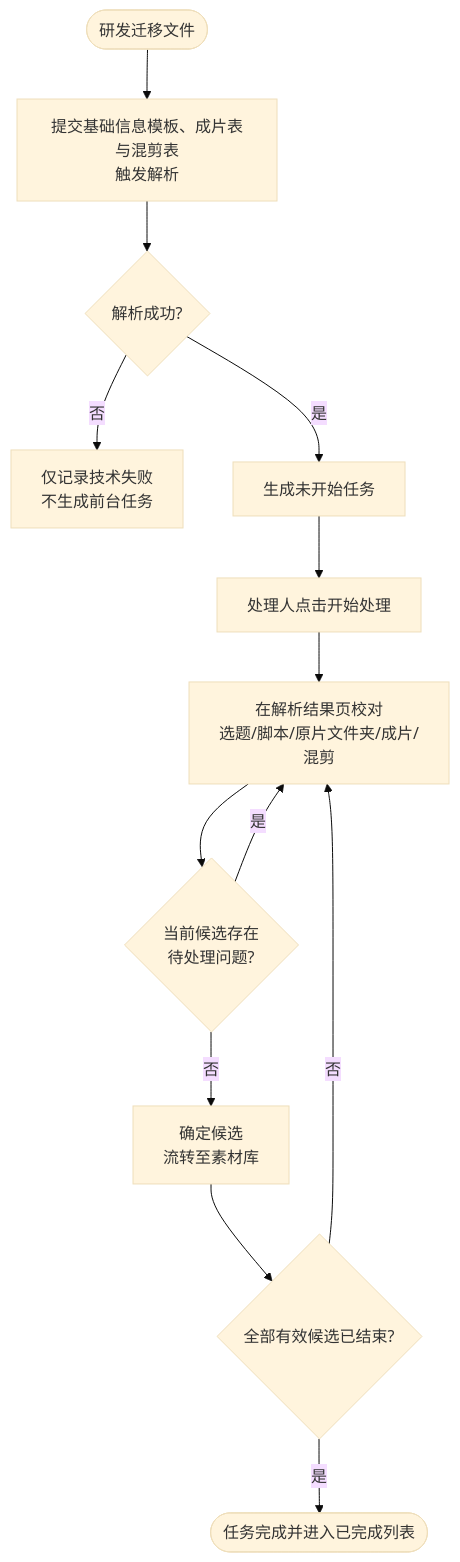
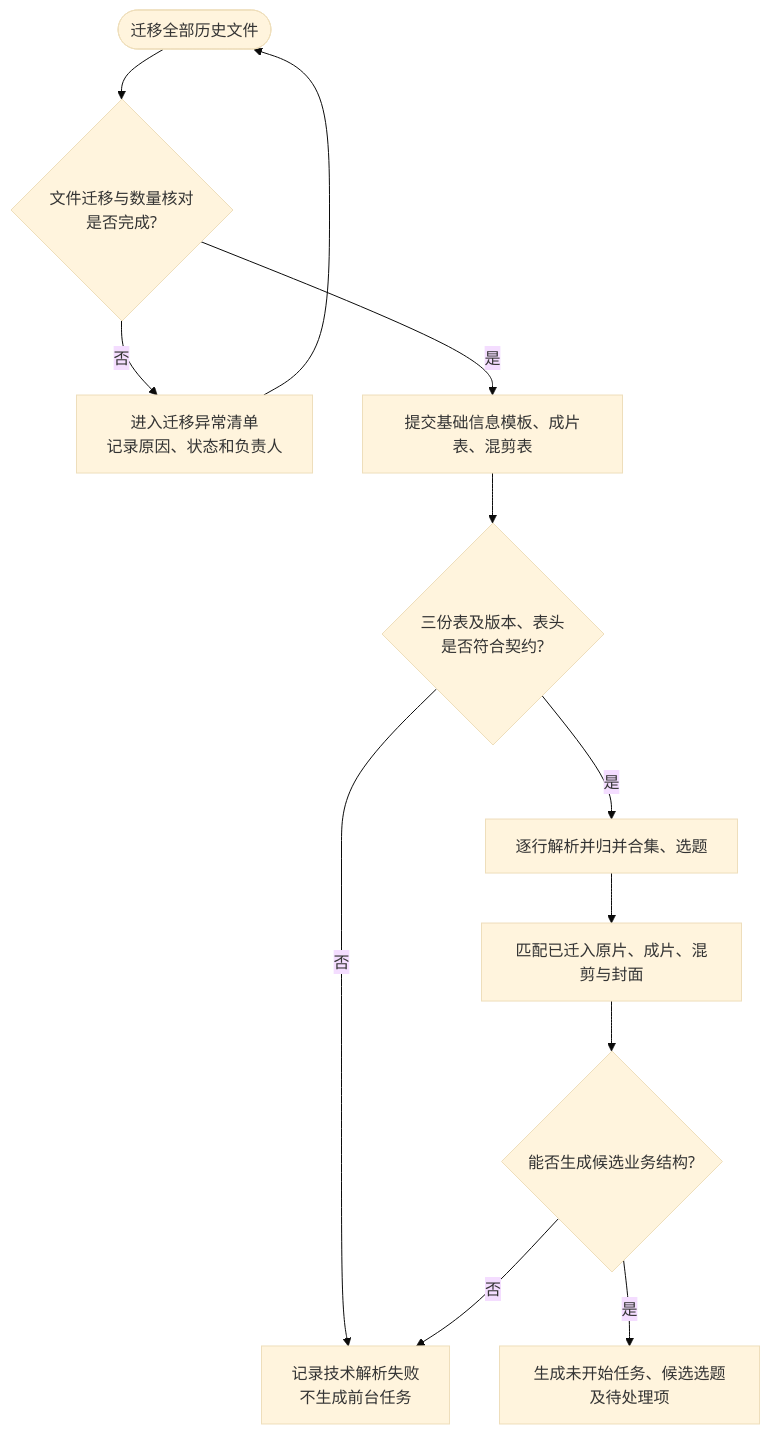
One commit to e3870732-droid/heshu-video-management-demo changed the first of 14 diagrams in 素材库PRD_V113.6_公司模板版.md. Above: the diagram before and after it, drawn with Mermaid (base theme). The commit also changed other lines of this file, not shown here.

````diff
--- a/素材库PRD_V113.6_公司模板版.md
+++ b/素材库PRD_V113.6_公司模板版.md
@@ -165,15 +185,14 @@
 ```mermaid
 flowchart TD
-    A([研发迁移文件]) --> B[提交基础信息模板、成片表与混剪表<br/>触发解析]
-    B --> C{解析成功?}
-    C -->|否| D[仅记录技术失败<br/>不生成前台任务]
-    C -->|是| E[生成未开始任务]
-    E --> F[处理人点击开始处理]
-    F --> G[在解析结果页校对<br/>选题/脚本/原片文件夹/成片/混剪]
-    G --> H{当前候选存在<br/>待处理问题?}
-    H -->|是| G
-    H -->|否| I[确定候选<br/>流转至素材库]
-    I --> J{全部有效候选已结束?}
-    J -->|否| G
-    J -->|是| K([任务完成并进入已完成列表])
+    A([迁移全部历史文件]) --> B{文件迁移与数量核对<br/>是否完成?}
+    B -->|否| C[进入迁移异常清单<br/>记录原因、状态和负责人]
+    C --> A
+    B -->|是| D[提交基础信息模板、成片表、混剪表]
+    D --> E{三份表及版本、表头<br/>是否符合契约?}
+    E -->|否| F[记录技术解析失败<br/>不生成前台任务]
+    E -->|是| G[逐行解析并归并合集、选题]
+    G --> H[匹配已迁入原片、成片、混剪与封面]
+    H --> I{能否生成候选业务结构?}
+    I -->|否| F
+    I -->|是| J[生成未开始任务、候选选题及待处理项]
 ```
````
